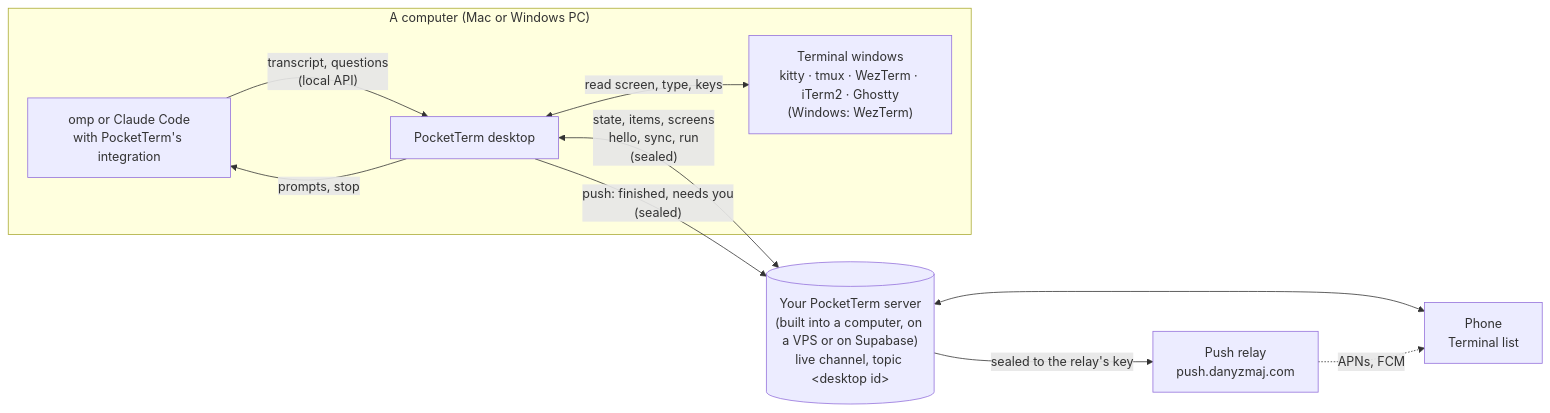
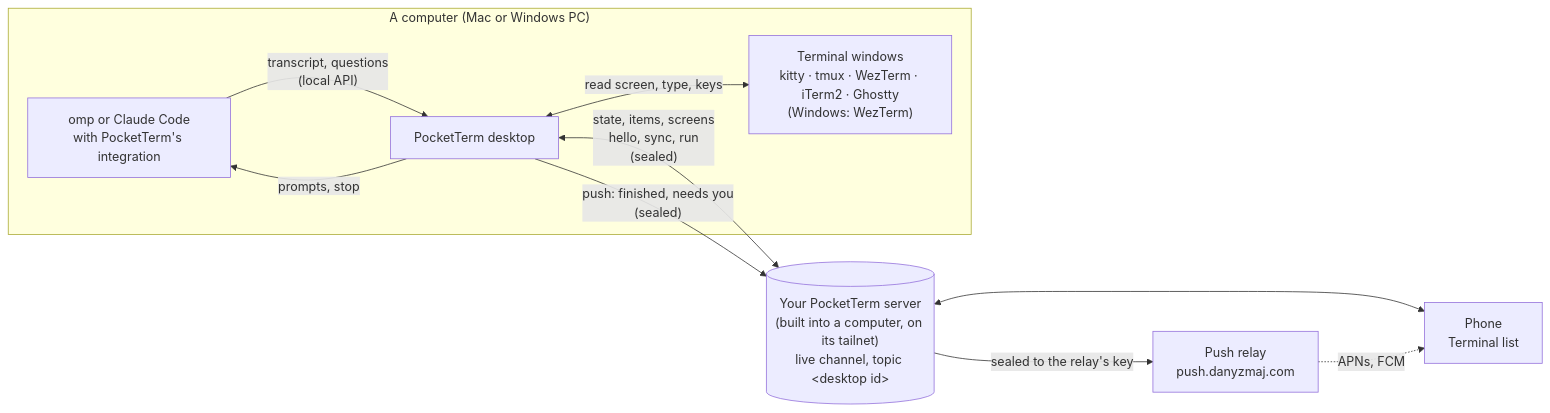
The diagram in docs/ARCHITECTURE.md (danyzmaj-apps/pocketterm), drawn with Mermaid before and after one commit. The commit also changed other lines of this file and 133 other files, not shown here.

Commit message:
Tailscale only: drop Supabase and own-server setup; sign computers on them out once

````diff
--- a/docs/ARCHITECTURE.md
+++ b/docs/ARCHITECTURE.md
@@ -7,19 +7,19 @@
 ```mermaid
 flowchart LR
   subgraph computer ["A computer (Mac or Windows PC)"]
     agent["omp or Claude Code<br/>with PocketTerm's integration"]
     term["Terminal windows<br/>kitty · tmux · WezTerm · iTerm2 · Ghostty<br/>(Windows: WezTerm)"]
     app["PocketTerm desktop"]
     agent -->|"transcript, questions<br/>(local API)"| app
     app -->|"prompts, stop"| agent
     app <-->|"read screen, type, keys"| term
   end
-  srv[("Your PocketTerm server<br/>(built into a computer, on a VPS or on Supabase)<br/>live channel, topic &lt;desktop id&gt;")]
+  srv[("Your PocketTerm server<br/>(built into a computer, on its tailnet)<br/>live channel, topic &lt;desktop id&gt;")]
   relay["Push relay<br/>push.danyzmaj.com"]
   phone["Phone<br/>Terminal list"]
   app <-->|"state, items, screens<br/>hello, sync, run<br/>(sealed)"| srv
   srv <--> phone
   app -->|"push: finished, needs you<br/>(sealed)"| srv
   srv -->|"sealed to the relay's key"| relay
   relay -.->|"APNs, FCM"| phone
 ```
````
